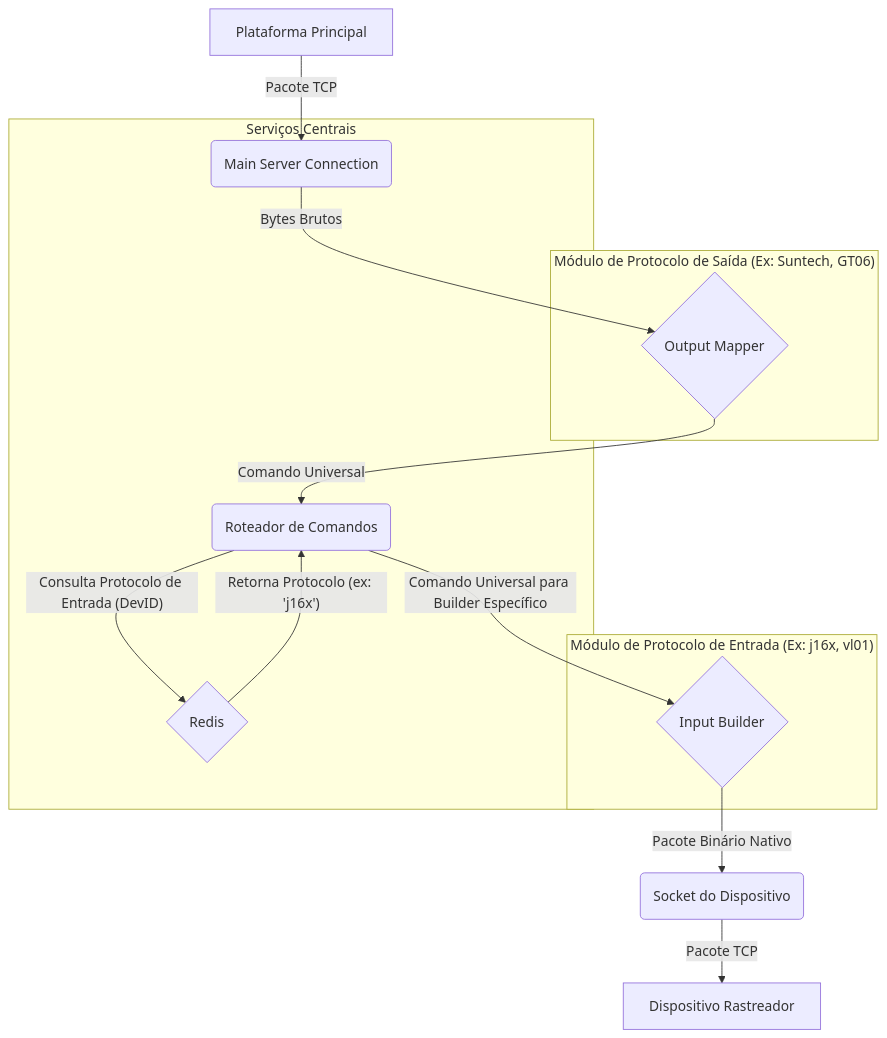
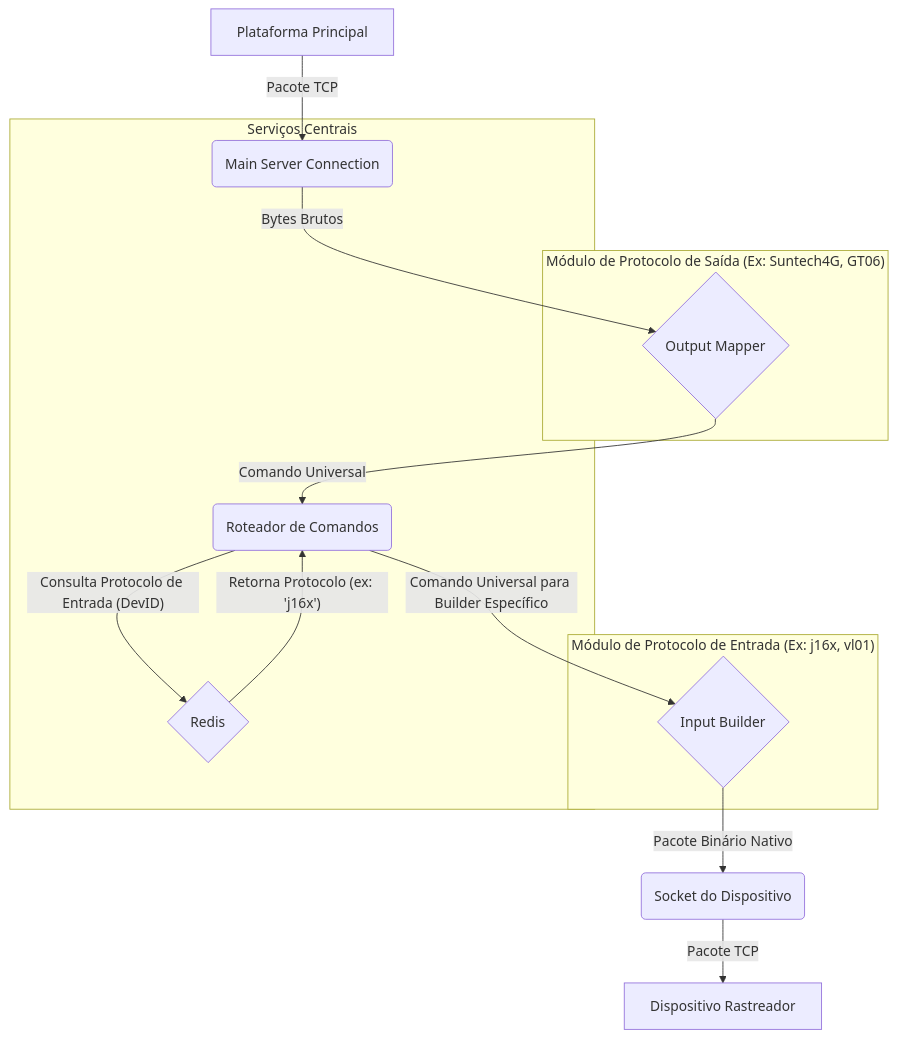
The second of 2 diagrams in README.md (ju-sants/communication-protocol-translator), drawn with Mermaid before and after one commit. The commit also changed other lines of this file and 14 other files, not shown here.

Commit message:
Alterando nomeclatura do protocolo de saída SUNTECH para SUNTECH4G

````diff
--- a/README.md
+++ b/README.md
@@ -71,25 +71,25 @@
 ```mermaid
 graph TD
     A[Plataforma Principal] -- Pacote TCP --> B(Main Server Connection);
     B -- Bytes Brutos --> C{Output Mapper};
     C -- Comando Universal --> D(Roteador de Comandos);
     D -- Consulta Protocolo de Entrada (DevID) --> E{Redis};
     E -- Retorna Protocolo (ex: 'j16x') --> D;
     D -- Comando Universal para Builder Específico --> F{Input Builder};
     F -- Pacote Binário Nativo --> G(Socket do Dispositivo);
     G -- Pacote TCP --> H[Dispositivo Rastreador];
 
-    subgraph "Módulo de Protocolo de Saída (Ex: Suntech, GT06)"
+    subgraph "Módulo de Protocolo de Saída (Ex: Suntech4G, GT06)"
         C
     end
 
     subgraph "Módulo de Protocolo de Entrada (Ex: j16x, vl01)"
         F
     end
 
     subgraph "Serviços Centrais"
         B
         D
         E
     end
 ```
````
